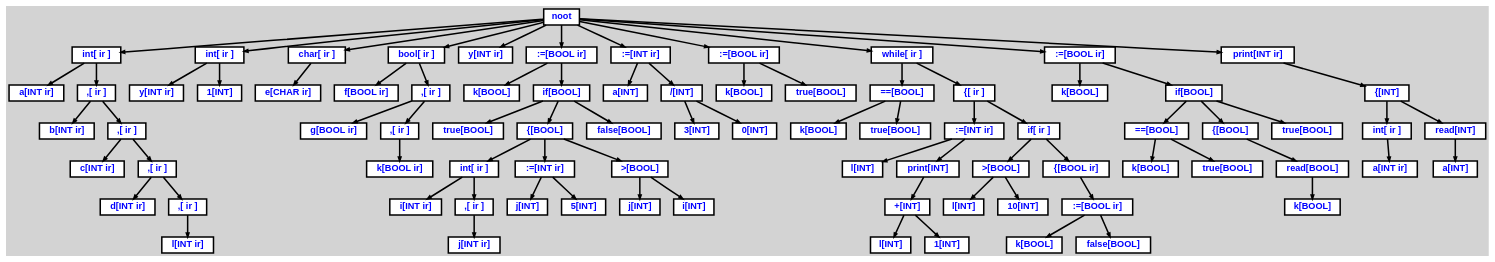
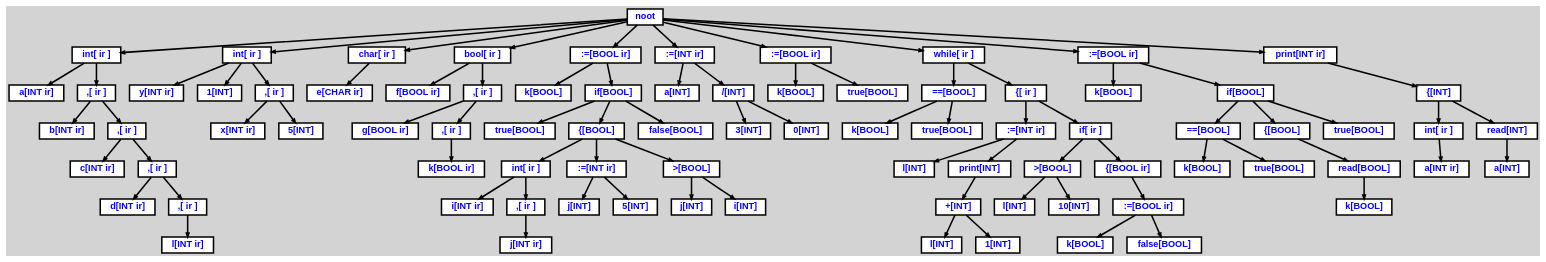
The diagram in examples/example.dot (Shamaoke/Noot-Compiler), drawn with Graphviz before and after one commit. The commit also changed 42 other files, not shown here.

```diff
--- a/examples/example.dot
+++ b/examples/example.dot
@@ -26,107 +26,110 @@
   n11 [label="int[ ir ]"];
   n12 [label="y[INT ir]"];
   n13 [label="1[INT]"];
-  n14 [label="char[ ir ]"];
-  n14 [label="char[ ir ]"];
-  n15 [label="e[CHAR ir]"];
-  n16 [label="bool[ ir ]"];
-  n16 [label="bool[ ir ]"];
-  n17 [label="f[BOOL ir]"];
-  n18 [label=",[ ir ]"];
-  n18 [label=",[ ir ]"];
-  n19 [label="g[BOOL ir]"];
-  n20 [label=",[ ir ]"];
-  n20 [label=",[ ir ]"];
-  n21 [label="k[BOOL ir]"];
-  n22 [label="y[INT ir]"];
-  n23 [label=":=[BOOL ir]"];
-  n23 [label=":=[BOOL ir]"];
-  n24 [label="k[BOOL]"];
-  n25 [label="if[BOOL]"];
-  n25 [label="if[BOOL]"];
-  n26 [label="true[BOOL]"];
-  n27 [label="{[BOOL]"];
-  n27 [label="{[BOOL]"];
-  n28 [label="int[ ir ]"];
-  n28 [label="int[ ir ]"];
-  n29 [label="i[INT ir]"];
-  n30 [label=",[ ir ]"];
-  n30 [label=",[ ir ]"];
-  n31 [label="j[INT ir]"];
-  n32 [label=":=[INT ir]"];
-  n32 [label=":=[INT ir]"];
-  n33 [label="j[INT]"];
-  n34 [label="5[INT]"];
-  n35 [label=">[BOOL]"];
-  n35 [label=">[BOOL]"];
-  n36 [label="j[INT]"];
-  n37 [label="i[INT]"];
-  n38 [label="false[BOOL]"];
-  n39 [label=":=[INT ir]"];
-  n39 [label=":=[INT ir]"];
-  n40 [label="a[INT]"];
-  n41 [label="/[INT]"];
-  n41 [label="/[INT]"];
-  n42 [label="3[INT]"];
-  n43 [label="0[INT]"];
-  n44 [label=":=[BOOL ir]"];
-  n44 [label=":=[BOOL ir]"];
-  n45 [label="k[BOOL]"];
-  n46 [label="true[BOOL]"];
-  n47 [label="while[ ir ]"];
-  n47 [label="while[ ir ]"];
-  n48 [label="==[BOOL]"];
-  n48 [label="==[BOOL]"];
-  n49 [label="k[BOOL]"];
-  n50 [label="true[BOOL]"];
-  n51 [label="{[ ir ]"];
-  n51 [label="{[ ir ]"];
-  n52 [label=":=[INT ir]"];
-  n52 [label=":=[INT ir]"];
-  n53 [label="l[INT]"];
-  n54 [label="print[INT]"];
-  n54 [label="print[INT]"];
-  n55 [label="+[INT]"];
-  n55 [label="+[INT]"];
-  n56 [label="l[INT]"];
-  n57 [label="1[INT]"];
-  n58 [label="if[ ir ]"];
-  n58 [label="if[ ir ]"];
-  n59 [label=">[BOOL]"];
-  n59 [label=">[BOOL]"];
-  n60 [label="l[INT]"];
-  n61 [label="10[INT]"];
-  n62 [label="{[BOOL ir]"];
-  n62 [label="{[BOOL ir]"];
-  n63 [label=":=[BOOL ir]"];
-  n63 [label=":=[BOOL ir]"];
-  n64 [label="k[BOOL]"];
-  n65 [label="false[BOOL]"];
-  n66 [label=":=[BOOL ir]"];
-  n66 [label=":=[BOOL ir]"];
-  n67 [label="k[BOOL]"];
-  n68 [label="if[BOOL]"];
-  n68 [label="if[BOOL]"];
-  n69 [label="==[BOOL]"];
-  n69 [label="==[BOOL]"];
-  n70 [label="k[BOOL]"];
-  n71 [label="true[BOOL]"];
-  n72 [label="{[BOOL]"];
-  n72 [label="{[BOOL]"];
-  n73 [label="read[BOOL]"];
-  n73 [label="read[BOOL]"];
-  n74 [label="k[BOOL]"];
-  n75 [label="true[BOOL]"];
-  n76 [label="print[INT ir]"];
-  n76 [label="print[INT ir]"];
-  n77 [label="{[INT]"];
-  n77 [label="{[INT]"];
-  n78 [label="int[ ir ]"];
-  n78 [label="int[ ir ]"];
-  n79 [label="a[INT ir]"];
-  n80 [label="read[INT]"];
-  n80 [label="read[INT]"];
-  n81 [label="a[INT]"];
+  n14 [label=",[ ir ]"];
+  n14 [label=",[ ir ]"];
+  n15 [label="x[INT ir]"];
+  n16 [label="5[INT]"];
+  n17 [label="char[ ir ]"];
+  n17 [label="char[ ir ]"];
+  n18 [label="e[CHAR ir]"];
+  n19 [label="bool[ ir ]"];
+  n19 [label="bool[ ir ]"];
+  n20 [label="f[BOOL ir]"];
+  n21 [label=",[ ir ]"];
+  n21 [label=",[ ir ]"];
+  n22 [label="g[BOOL ir]"];
+  n23 [label=",[ ir ]"];
+  n23 [label=",[ ir ]"];
+  n24 [label="k[BOOL ir]"];
+  n25 [label=":=[BOOL ir]"];
+  n25 [label=":=[BOOL ir]"];
+  n26 [label="k[BOOL]"];
+  n27 [label="if[BOOL]"];
+  n27 [label="if[BOOL]"];
+  n28 [label="true[BOOL]"];
+  n29 [label="{[BOOL]"];
+  n29 [label="{[BOOL]"];
+  n30 [label="int[ ir ]"];
+  n30 [label="int[ ir ]"];
+  n31 [label="i[INT ir]"];
+  n32 [label=",[ ir ]"];
+  n32 [label=",[ ir ]"];
+  n33 [label="j[INT ir]"];
+  n34 [label=":=[INT ir]"];
+  n34 [label=":=[INT ir]"];
+  n35 [label="j[INT]"];
+  n36 [label="5[INT]"];
+  n37 [label=">[BOOL]"];
+  n37 [label=">[BOOL]"];
+  n38 [label="j[INT]"];
+  n39 [label="i[INT]"];
+  n40 [label="false[BOOL]"];
+  n41 [label=":=[INT ir]"];
+  n41 [label=":=[INT ir]"];
+  n42 [label="a[INT]"];
+  n43 [label="/[INT]"];
+  n43 [label="/[INT]"];
+  n44 [label="3[INT]"];
+  n45 [label="0[INT]"];
+  n46 [label=":=[BOOL ir]"];
+  n46 [label=":=[BOOL ir]"];
+  n47 [label="k[BOOL]"];
+  n48 [label="true[BOOL]"];
+  n49 [label="while[ ir ]"];
+  n49 [label="while[ ir ]"];
+  n50 [label="==[BOOL]"];
+  n50 [label="==[BOOL]"];
+  n51 [label="k[BOOL]"];
+  n52 [label="true[BOOL]"];
+  n53 [label="{[ ir ]"];
+  n53 [label="{[ ir ]"];
+  n54 [label=":=[INT ir]"];
+  n54 [label=":=[INT ir]"];
+  n55 [label="l[INT]"];
+  n56 [label="print[INT]"];
+  n56 [label="print[INT]"];
+  n57 [label="+[INT]"];
+  n57 [label="+[INT]"];
+  n58 [label="l[INT]"];
+  n59 [label="1[INT]"];
+  n60 [label="if[ ir ]"];
+  n60 [label="if[ ir ]"];
+  n61 [label=">[BOOL]"];
+  n61 [label=">[BOOL]"];
+  n62 [label="l[INT]"];
+  n63 [label="10[INT]"];
+  n64 [label="{[BOOL ir]"];
+  n64 [label="{[BOOL ir]"];
+  n65 [label=":=[BOOL ir]"];
+  n65 [label=":=[BOOL ir]"];
+  n66 [label="k[BOOL]"];
+  n67 [label="false[BOOL]"];
+  n68 [label=":=[BOOL ir]"];
+  n68 [label=":=[BOOL ir]"];
+  n69 [label="k[BOOL]"];
+  n70 [label="if[BOOL]"];
+  n70 [label="if[BOOL]"];
+  n71 [label="==[BOOL]"];
+  n71 [label="==[BOOL]"];
+  n72 [label="k[BOOL]"];
+  n73 [label="true[BOOL]"];
+  n74 [label="{[BOOL]"];
+  n74 [label="{[BOOL]"];
+  n75 [label="read[BOOL]"];
+  n75 [label="read[BOOL]"];
+  n76 [label="k[BOOL]"];
+  n77 [label="true[BOOL]"];
+  n78 [label="print[INT ir]"];
+  n78 [label="print[INT ir]"];
+  n79 [label="{[INT]"];
+  n79 [label="{[INT]"];
+  n80 [label="int[ ir ]"];
+  n80 [label="int[ ir ]"];
+  n81 [label="a[INT ir]"];
+  n82 [label="read[INT]"];
+  n82 [label="read[INT]"];
+  n83 [label="a[INT]"];
 
   n0 -> n1 // "noot" -> "int[ ir ]"
   n1 -> n2 // "int[ ir ]" -> "a[INT ir]"
@@ -141,73 +144,75 @@
   n0 -> n11 // "noot" -> "int[ ir ]"
   n11 -> n12 // "int[ ir ]" -> "y[INT ir]"
   n11 -> n13 // "int[ ir ]" -> "1[INT]"
-  n0 -> n14 // "noot" -> "char[ ir ]"
-  n14 -> n15 // "char[ ir ]" -> "e[CHAR ir]"
-  n0 -> n16 // "noot" -> "bool[ ir ]"
-  n16 -> n17 // "bool[ ir ]" -> "f[BOOL ir]"
-  n16 -> n18 // "bool[ ir ]" -> ",[ ir ]"
-  n18 -> n19 // ",[ ir ]" -> "g[BOOL ir]"
-  n18 -> n20 // ",[ ir ]" -> ",[ ir ]"
-  n20 -> n21 // ",[ ir ]" -> "k[BOOL ir]"
-  n0 -> n22 // "noot" -> "y[INT ir]"
-  n0 -> n23 // "noot" -> ":=[BOOL ir]"
-  n23 -> n24 // ":=[BOOL ir]" -> "k[BOOL]"
-  n23 -> n25 // ":=[BOOL ir]" -> "if[BOOL]"
-  n25 -> n26 // "if[BOOL]" -> "true[BOOL]"
-  n25 -> n27 // "if[BOOL]" -> "{[BOOL]"
-  n27 -> n28 // "{[BOOL]" -> "int[ ir ]"
-  n28 -> n29 // "int[ ir ]" -> "i[INT ir]"
-  n28 -> n30 // "int[ ir ]" -> ",[ ir ]"
-  n30 -> n31 // ",[ ir ]" -> "j[INT ir]"
-  n27 -> n32 // "{[BOOL]" -> ":=[INT ir]"
-  n32 -> n33 // ":=[INT ir]" -> "j[INT]"
-  n32 -> n34 // ":=[INT ir]" -> "5[INT]"
-  n27 -> n35 // "{[BOOL]" -> ">[BOOL]"
-  n35 -> n36 // ">[BOOL]" -> "j[INT]"
-  n35 -> n37 // ">[BOOL]" -> "i[INT]"
-  n25 -> n38 // "if[BOOL]" -> "false[BOOL]"
-  n0 -> n39 // "noot" -> ":=[INT ir]"
-  n39 -> n40 // ":=[INT ir]" -> "a[INT]"
-  n39 -> n41 // ":=[INT ir]" -> "/[INT]"
-  n41 -> n42 // "/[INT]" -> "3[INT]"
-  n41 -> n43 // "/[INT]" -> "0[INT]"
-  n0 -> n44 // "noot" -> ":=[BOOL ir]"
-  n44 -> n45 // ":=[BOOL ir]" -> "k[BOOL]"
-  n44 -> n46 // ":=[BOOL ir]" -> "true[BOOL]"
-  n0 -> n47 // "noot" -> "while[ ir ]"
-  n47 -> n48 // "while[ ir ]" -> "==[BOOL]"
-  n48 -> n49 // "==[BOOL]" -> "k[BOOL]"
-  n48 -> n50 // "==[BOOL]" -> "true[BOOL]"
-  n47 -> n51 // "while[ ir ]" -> "{[ ir ]"
-  n51 -> n52 // "{[ ir ]" -> ":=[INT ir]"
-  n52 -> n53 // ":=[INT ir]" -> "l[INT]"
-  n52 -> n54 // ":=[INT ir]" -> "print[INT]"
-  n54 -> n55 // "print[INT]" -> "+[INT]"
-  n55 -> n56 // "+[INT]" -> "l[INT]"
-  n55 -> n57 // "+[INT]" -> "1[INT]"
-  n51 -> n58 // "{[ ir ]" -> "if[ ir ]"
-  n58 -> n59 // "if[ ir ]" -> ">[BOOL]"
-  n59 -> n60 // ">[BOOL]" -> "l[INT]"
-  n59 -> n61 // ">[BOOL]" -> "10[INT]"
-  n58 -> n62 // "if[ ir ]" -> "{[BOOL ir]"
-  n62 -> n63 // "{[BOOL ir]" -> ":=[BOOL ir]"
-  n63 -> n64 // ":=[BOOL ir]" -> "k[BOOL]"
-  n63 -> n65 // ":=[BOOL ir]" -> "false[BOOL]"
-  n0 -> n66 // "noot" -> ":=[BOOL ir]"
-  n66 -> n67 // ":=[BOOL ir]" -> "k[BOOL]"
-  n66 -> n68 // ":=[BOOL ir]" -> "if[BOOL]"
-  n68 -> n69 // "if[BOOL]" -> "==[BOOL]"
-  n69 -> n70 // "==[BOOL]" -> "k[BOOL]"
-  n69 -> n71 // "==[BOOL]" -> "true[BOOL]"
-  n68 -> n72 // "if[BOOL]" -> "{[BOOL]"
-  n72 -> n73 // "{[BOOL]" -> "read[BOOL]"
-  n73 -> n74 // "read[BOOL]" -> "k[BOOL]"
-  n68 -> n75 // "if[BOOL]" -> "true[BOOL]"
-  n0 -> n76 // "noot" -> "print[INT ir]"
-  n76 -> n77 // "print[INT ir]" -> "{[INT]"
-  n77 -> n78 // "{[INT]" -> "int[ ir ]"
-  n78 -> n79 // "int[ ir ]" -> "a[INT ir]"
-  n77 -> n80 // "{[INT]" -> "read[INT]"
-  n80 -> n81 // "read[INT]" -> "a[INT]"
+  n11 -> n14 // "int[ ir ]" -> ",[ ir ]"
+  n14 -> n15 // ",[ ir ]" -> "x[INT ir]"
+  n14 -> n16 // ",[ ir ]" -> "5[INT]"
+  n0 -> n17 // "noot" -> "char[ ir ]"
+  n17 -> n18 // "char[ ir ]" -> "e[CHAR ir]"
+  n0 -> n19 // "noot" -> "bool[ ir ]"
+  n19 -> n20 // "bool[ ir ]" -> "f[BOOL ir]"
+  n19 -> n21 // "bool[ ir ]" -> ",[ ir ]"
+  n21 -> n22 // ",[ ir ]" -> "g[BOOL ir]"
+  n21 -> n23 // ",[ ir ]" -> ",[ ir ]"
+  n23 -> n24 // ",[ ir ]" -> "k[BOOL ir]"
+  n0 -> n25 // "noot" -> ":=[BOOL ir]"
+  n25 -> n26 // ":=[BOOL ir]" -> "k[BOOL]"
+  n25 -> n27 // ":=[BOOL ir]" -> "if[BOOL]"
+  n27 -> n28 // "if[BOOL]" -> "true[BOOL]"
+  n27 -> n29 // "if[BOOL]" -> "{[BOOL]"
+  n29 -> n30 // "{[BOOL]" -> "int[ ir ]"
+  n30 -> n31 // "int[ ir ]" -> "i[INT ir]"
+  n30 -> n32 // "int[ ir ]" -> ",[ ir ]"
+  n32 -> n33 // ",[ ir ]" -> "j[INT ir]"
+  n29 -> n34 // "{[BOOL]" -> ":=[INT ir]"
+  n34 -> n35 // ":=[INT ir]" -> "j[INT]"
+  n34 -> n36 // ":=[INT ir]" -> "5[INT]"
+  n29 -> n37 // "{[BOOL]" -> ">[BOOL]"
+  n37 -> n38 // ">[BOOL]" -> "j[INT]"
+  n37 -> n39 // ">[BOOL]" -> "i[INT]"
+  n27 -> n40 // "if[BOOL]" -> "false[BOOL]"
+  n0 -> n41 // "noot" -> ":=[INT ir]"
+  n41 -> n42 // ":=[INT ir]" -> "a[INT]"
+  n41 -> n43 // ":=[INT ir]" -> "/[INT]"
+  n43 -> n44 // "/[INT]" -> "3[INT]"
+  n43 -> n45 // "/[INT]" -> "0[INT]"
+  n0 -> n46 // "noot" -> ":=[BOOL ir]"
+  n46 -> n47 // ":=[BOOL ir]" -> "k[BOOL]"
+  n46 -> n48 // ":=[BOOL ir]" -> "true[BOOL]"
+  n0 -> n49 // "noot" -> "while[ ir ]"
+  n49 -> n50 // "while[ ir ]" -> "==[BOOL]"
+  n50 -> n51 // "==[BOOL]" -> "k[BOOL]"
+  n50 -> n52 // "==[BOOL]" -> "true[BOOL]"
+  n49 -> n53 // "while[ ir ]" -> "{[ ir ]"
+  n53 -> n54 // "{[ ir ]" -> ":=[INT ir]"
+  n54 -> n55 // ":=[INT ir]" -> "l[INT]"
+  n54 -> n56 // ":=[INT ir]" -> "print[INT]"
+  n56 -> n57 // "print[INT]" -> "+[INT]"
+  n57 -> n58 // "+[INT]" -> "l[INT]"
+  n57 -> n59 // "+[INT]" -> "1[INT]"
+  n53 -> n60 // "{[ ir ]" -> "if[ ir ]"
+  n60 -> n61 // "if[ ir ]" -> ">[BOOL]"
+  n61 -> n62 // ">[BOOL]" -> "l[INT]"
+  n61 -> n63 // ">[BOOL]" -> "10[INT]"
+  n60 -> n64 // "if[ ir ]" -> "{[BOOL ir]"
+  n64 -> n65 // "{[BOOL ir]" -> ":=[BOOL ir]"
+  n65 -> n66 // ":=[BOOL ir]" -> "k[BOOL]"
+  n65 -> n67 // ":=[BOOL ir]" -> "false[BOOL]"
+  n0 -> n68 // "noot" -> ":=[BOOL ir]"
+  n68 -> n69 // ":=[BOOL ir]" -> "k[BOOL]"
+  n68 -> n70 // ":=[BOOL ir]" -> "if[BOOL]"
+  n70 -> n71 // "if[BOOL]" -> "==[BOOL]"
+  n71 -> n72 // "==[BOOL]" -> "k[BOOL]"
+  n71 -> n73 // "==[BOOL]" -> "true[BOOL]"
+  n70 -> n74 // "if[BOOL]" -> "{[BOOL]"
+  n74 -> n75 // "{[BOOL]" -> "read[BOOL]"
+  n75 -> n76 // "read[BOOL]" -> "k[BOOL]"
+  n70 -> n77 // "if[BOOL]" -> "true[BOOL]"
+  n0 -> n78 // "noot" -> "print[INT ir]"
+  n78 -> n79 // "print[INT ir]" -> "{[INT]"
+  n79 -> n80 // "{[INT]" -> "int[ ir ]"
+  n80 -> n81 // "int[ ir ]" -> "a[INT ir]"
+  n79 -> n82 // "{[INT]" -> "read[INT]"
+  n82 -> n83 // "read[INT]" -> "a[INT]"
 
 }
```
